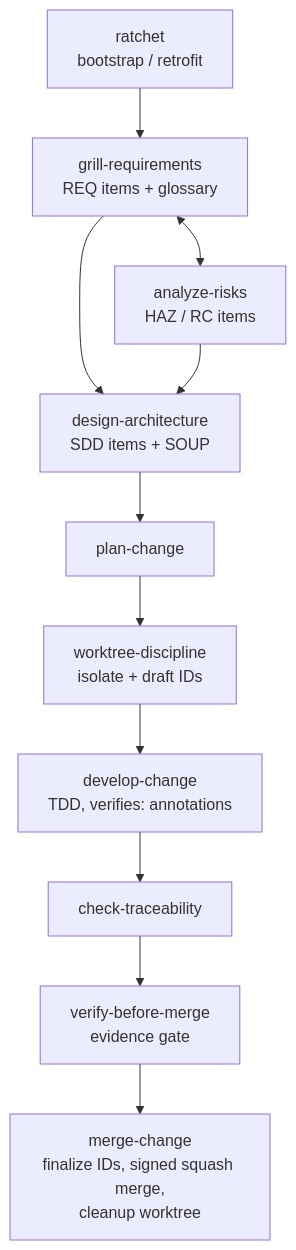
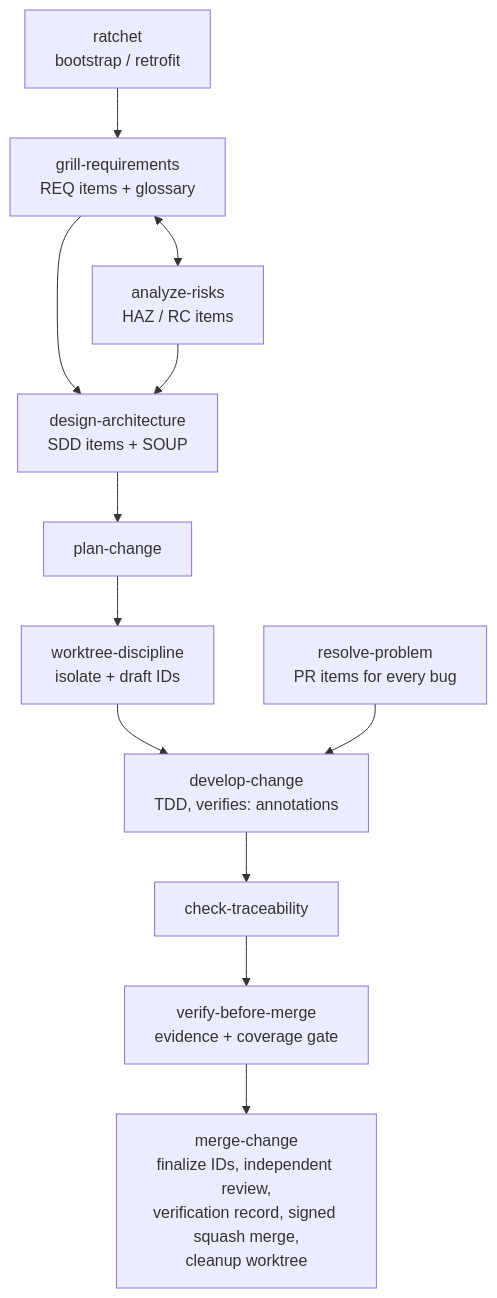
One commit to Jan-Jan/guardrails changed the diagram in README.md. Above: the diagram before and after it, drawn with Mermaid. The commit also changed other lines of this file and 23 other files, not shown here.

First line of the commit message:
feat: DO-178C mechanics — LLRs, derived reqs, problem reports, independent review

````diff
--- a/README.md
+++ b/README.md
@@ -30,13 +33,14 @@
 ```mermaid
 flowchart TD
     R[ratchet<br/>bootstrap / retrofit] --> G[grill-requirements<br/>REQ items + glossary]
     G <--> A[analyze-risks<br/>HAZ / RC items]
     G --> D[design-architecture<br/>SDD items + SOUP]
     A --> D
     D --> P[plan-change]
     P --> W[worktree-discipline<br/>isolate + draft IDs]
     W --> DEV[develop-change<br/>TDD, verifies: annotations]
+    B[resolve-problem<br/>PR items for every bug] --> DEV
     DEV --> CT[check-traceability]
-    CT --> V[verify-before-merge<br/>evidence gate]
-    V --> M[merge-change<br/>finalize IDs, signed squash merge,<br/>cleanup worktree]
+    CT --> V[verify-before-merge<br/>evidence + coverage gate]
+    V --> M[merge-change<br/>finalize IDs, independent review,<br/>verification record, signed squash merge,<br/>cleanup worktree]
 ```
````
